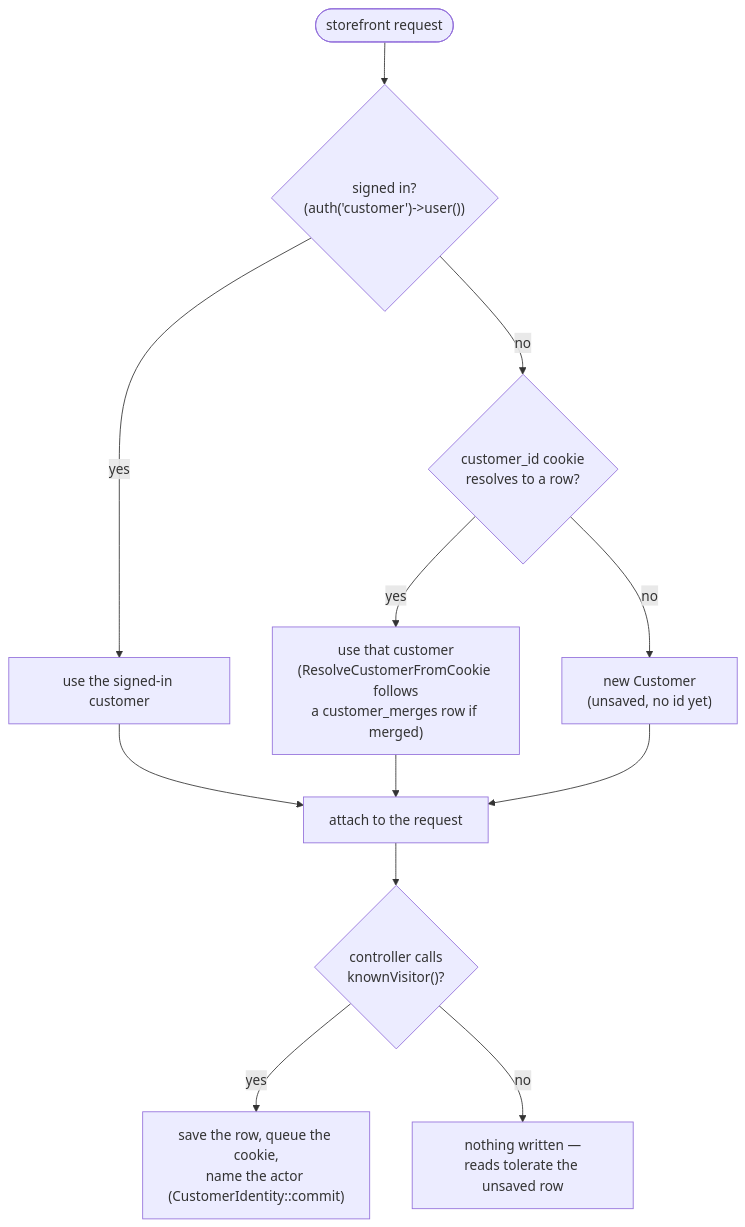
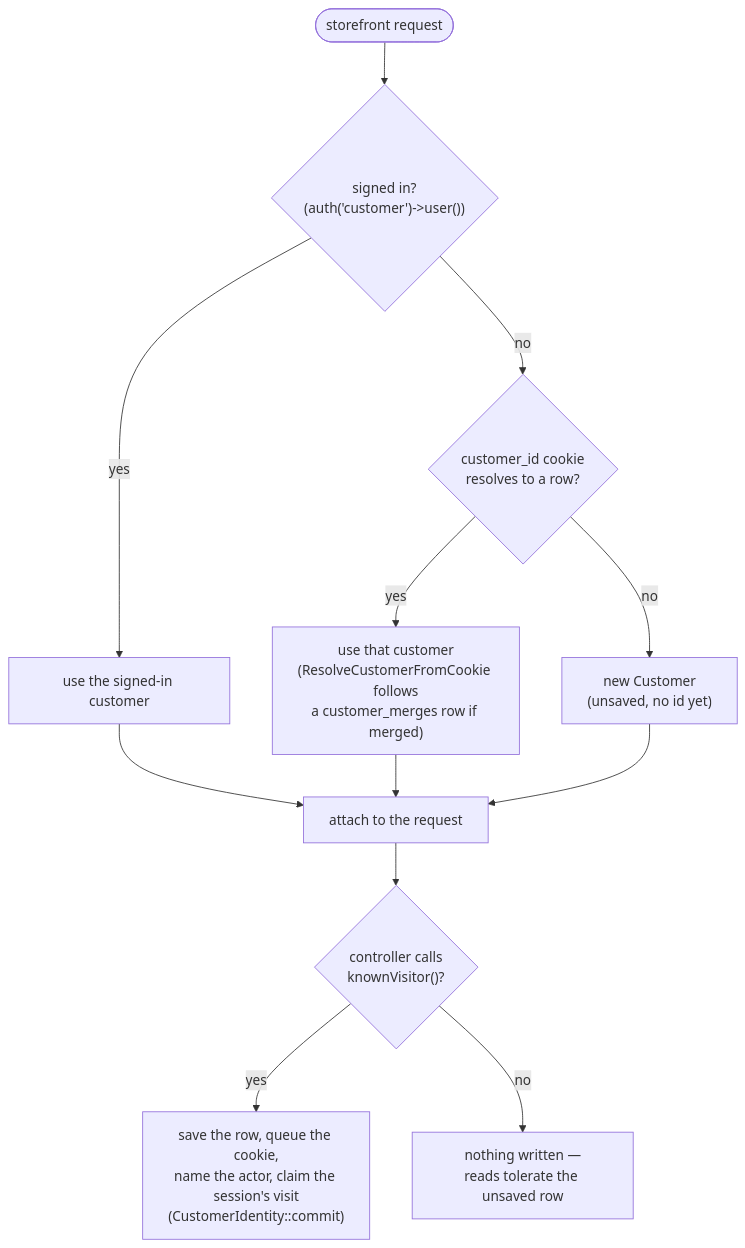
Before and after one commit to jonathan-beebe/art-store: the fourth of 4 diagrams in app/docs/identity.md, drawn with Mermaid. The commit also changed other lines of this file and 6 other files, not shown here.

````diff
--- a/app/docs/identity.md
+++ b/app/docs/identity.md
@@ -211,14 +211,14 @@
 ```mermaid
 flowchart TD
     start(["storefront request"]) --> guard{"signed in?\n(auth('customer')->user())"}
     guard -- yes --> useGuard["use the signed-in customer"]
     guard -- no --> cookie{"customer_id cookie\nresolves to a row?"}
     cookie -- yes --> useCookie["use that customer\n(ResolveCustomerFromCookie follows\na customer_merges row if merged)"]
     cookie -- no --> unsaved["new Customer\n(unsaved, no id yet)"]
     useGuard --> attach["attach to the request"]
     useCookie --> attach
     unsaved --> attach
     attach --> writes{"controller calls\nknownVisitor()?"}
-    writes -- yes --> commit["save the row, queue the cookie,\nname the actor (CustomerIdentity::commit)"]
+    writes -- yes --> commit["save the row, queue the cookie,\nname the actor, claim the session's visit\n(CustomerIdentity::commit)"]
     writes -- no --> nothing["nothing written —\nreads tolerate the unsaved row"]
 ```
````
